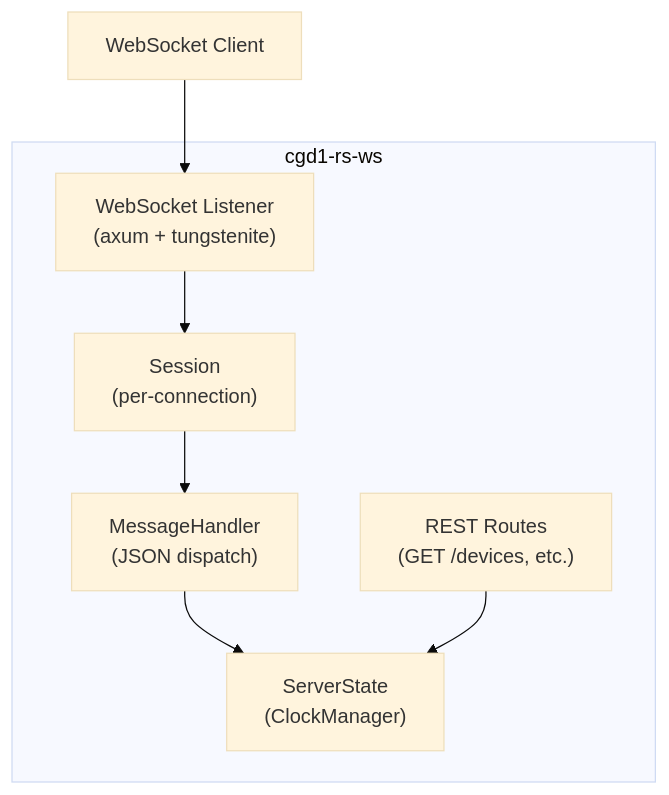
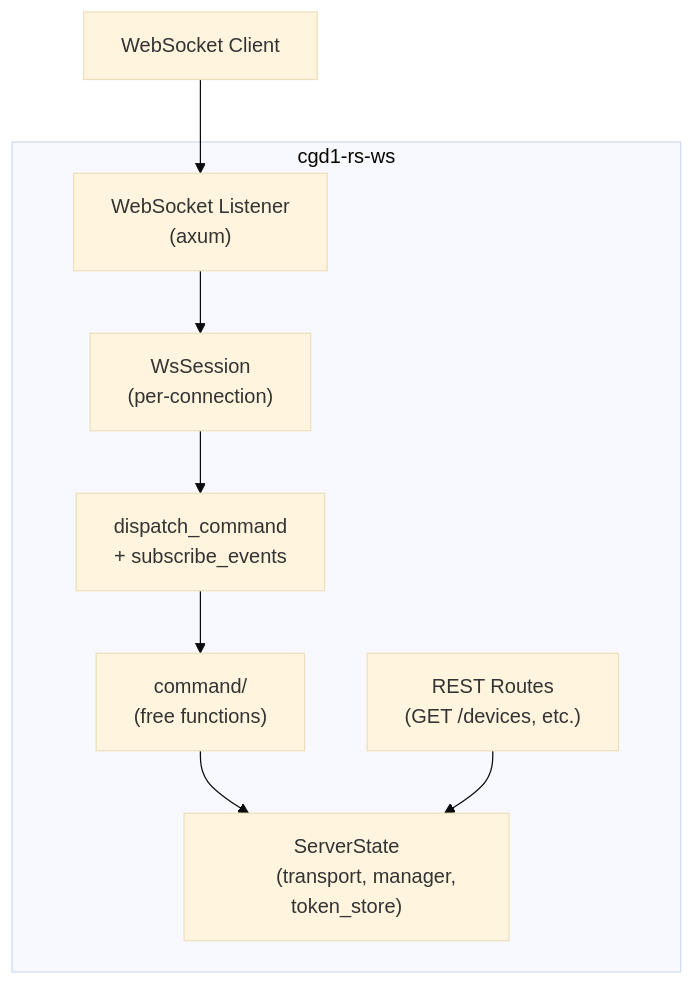
One commit to smearor/cgd1-rs changed the ninth of 9 diagrams in concepts/planned/CGD1-RS.md. Above: the diagram before and after it, drawn with Mermaid (base theme). The commit also changed other lines of this file, not shown here.

````diff
--- a/concepts/planned/CGD1-RS.md
+++ b/concepts/planned/CGD1-RS.md
@@ -3544,21 +3734,24 @@
 ```mermaid
 flowchart TB
     subgraph wsServer["cgd1-rs-ws"]
         state["ServerState
-        (ClockManager)"]
+        (transport, manager, token_store)"]
         listener["WebSocket Listener
-        (axum + tungstenite)"]
-        session["Session
+        (axum)"]
+        session["WsSession
         (per-connection)"]
-        handler["MessageHandler
-        (JSON dispatch)"]
+        dispatch["dispatch_command
+        + subscribe_events"]
+        command["command/
+        (free functions)"]
         restRoutes["REST Routes
         (GET /devices, etc.)"]
     end
 
     client["WebSocket Client"] --> listener
     listener --> session
-    session --> handler
-    handler --> state
+    session --> dispatch
+    dispatch --> command
+    command --> state
     restRoutes --> state
 ```
````
